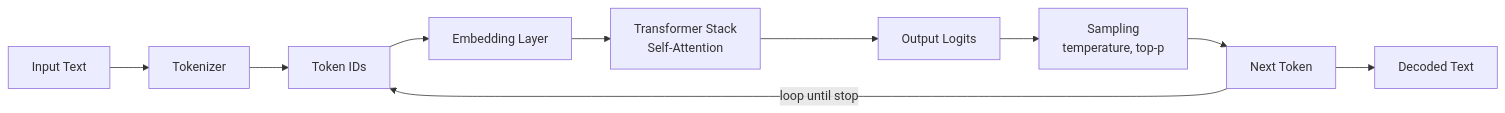
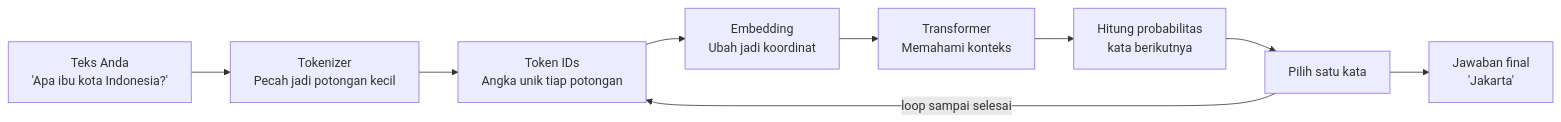
The diagram in Day-1-Prompt-Engineering/Module-01-Introduction-LLM-Claude/materi.md (githubna-ilham/AI_Claude), drawn with Mermaid before and after one commit. The commit also changed other lines of this file, not shown here.

````diff
--- a/Day-1-Prompt-Engineering/Module-01-Introduction-LLM-Claude/materi.md
+++ b/Day-1-Prompt-Engineering/Module-01-Introduction-LLM-Claude/materi.md
@@ -34,12 +36,11 @@
 ```mermaid
 flowchart LR
-    A[Input Text] --> B[Tokenizer]
-    B --> C[Token IDs]
-    C --> D[Embedding Layer]
-    D --> E[Transformer Stack<br/>Self-Attention]
-    E --> F[Output Logits]
-    F --> G[Sampling<br/>temperature, top-p]
-    G --> H[Next Token]
-    H -->|loop until stop| C
-    H --> I[Decoded Text]
+    A[Teks Anda<br/>'Apa ibu kota Indonesia?'] --> B[Tokenizer<br/>Pecah jadi potongan kecil]
+    B --> C[Token IDs<br/>Angka unik tiap potongan]
+    C --> D[Embedding<br/>Ubah jadi koordinat]
+    D --> E[Transformer<br/>Memahami konteks]
+    E --> F[Hitung probabilitas<br/>kata berikutnya]
+    F --> G[Pilih satu kata]
+    G -->|loop sampai selesai| C
+    G --> I[Jawaban final<br/>'Jakarta']
 ```
````
